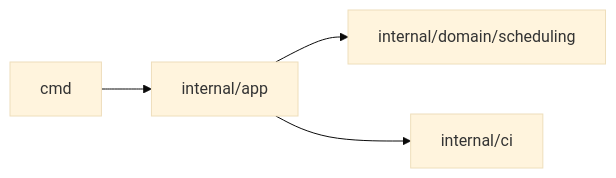
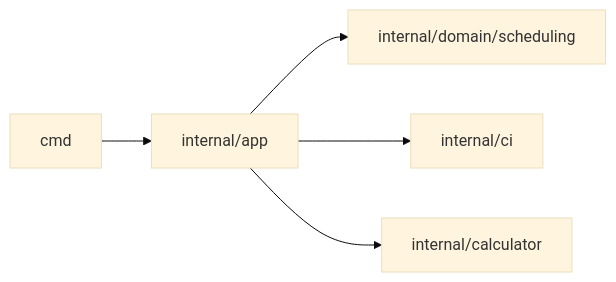
The diagram in README.md (chenzhuyu2004/carbon-guard), drawn with Mermaid (base theme) before and after one commit. The commit also changed other lines of this file and 5 other files, not shown here.

````diff
--- a/README.md
+++ b/README.md
@@ -58,6 +72,7 @@
 ```mermaid
 flowchart LR
-  CLI[cmd] --> APP[internal/app]
+  CMD[cmd] --> APP[internal/app]
   APP --> DOMAIN[internal/domain/scheduling]
   APP --> INFRA[internal/ci]
+  APP --> CALC[internal/calculator]
 ```
````
